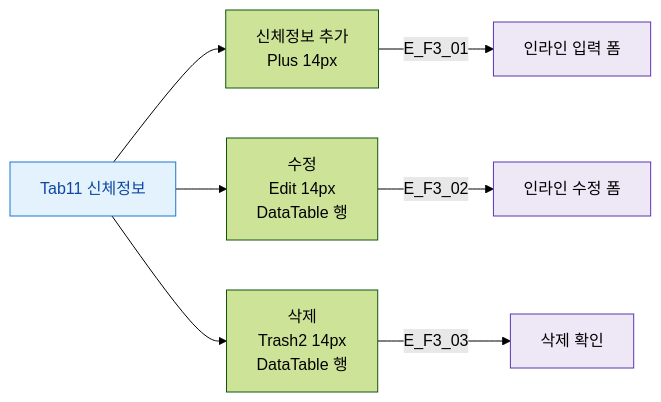
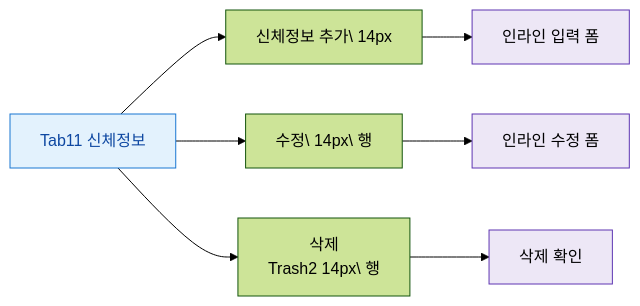
One commit to dev-spogym/admin-pando changed the diagram in docs/다이어그램/D02_회원관리/SCR-M004_회원상세/Tab11_신체정보/F3_버튼액션.md. Above: the diagram before and after it, drawn with Mermaid (forest theme). The commit also changed other lines of this file and 1660 other files, not shown here.

First line of the commit message:
다이어그램: 기획자/클라이언트 납품본으로 정리

````diff
--- a/docs/다이어그램/D02_회원관리/SCR-M004_회원상세/Tab11_신체정보/F3_버튼액션.md
+++ b/docs/다이어그램/D02_회원관리/SCR-M004_회원상세/Tab11_신체정보/F3_버튼액션.md
@@ -22,15 +20,15 @@
 ```mermaid
 flowchart LR
-  TAB[Tab11 신체정보] --> B1[신체정보 추가\nPlus 14px]
-  TAB --> B2[수정\nEdit 14px\nDataTable 행]
-  TAB --> B3[삭제\nTrash2 14px\nDataTable 행]
+  TAB[Tab11 신체정보] --> B1[신체정보 추가\ 14px]
+  TAB --> B2[수정\ 14px\ 행]
+  TAB --> B3[삭제\nTrash2 14px\ 행]
 
-  B1 -->|E_F3_01| FORM[인라인 입력 폼]
-  B2 -->|E_F3_02| EDIT_FORM[인라인 수정 폼]
-  B3 -->|E_F3_03| DEL_CONFIRM[삭제 확인]
+  B1 --> FORM[인라인 입력 폼]
+  B2 --> EDIT_FORM[인라인 수정 폼]
+  B3 --> DEL_CONFIRM[삭제 확인]
 
   classDef screen fill:#E3F2FD,stroke:#1976D2,color:#0D47A1
   classDef system fill:#EDE7F6,stroke:#5E35B2
   class TAB screen
   class FORM,EDIT_FORM,DEL_CONFIRM system
 ```
````
